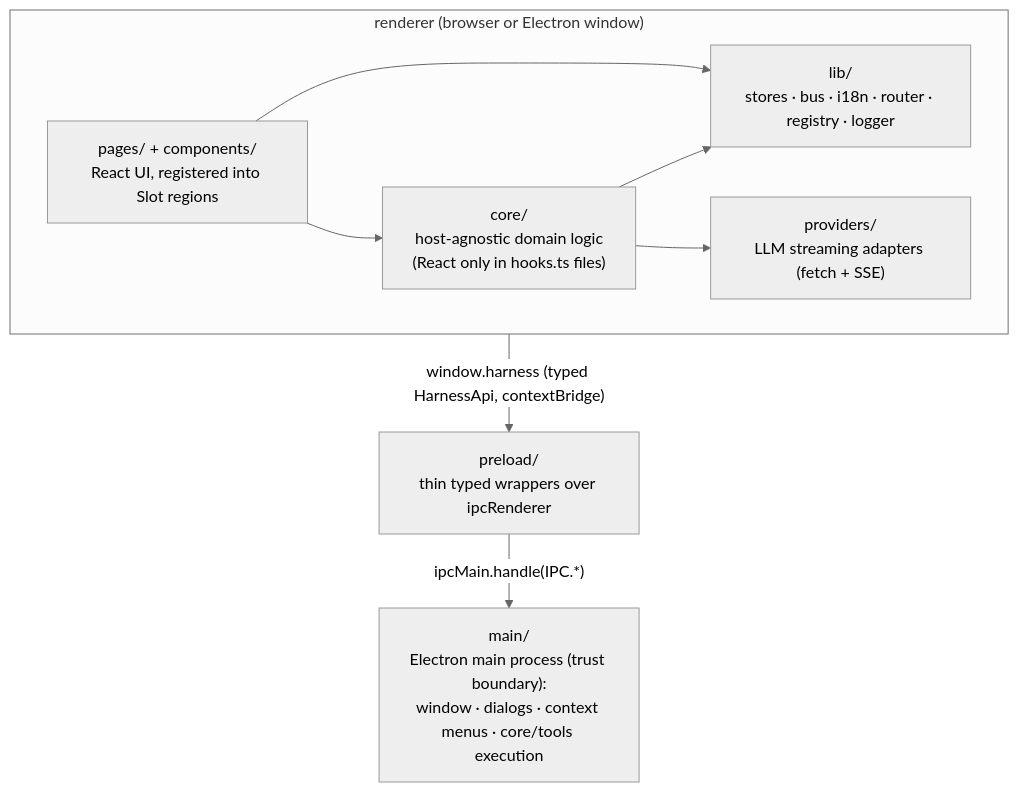
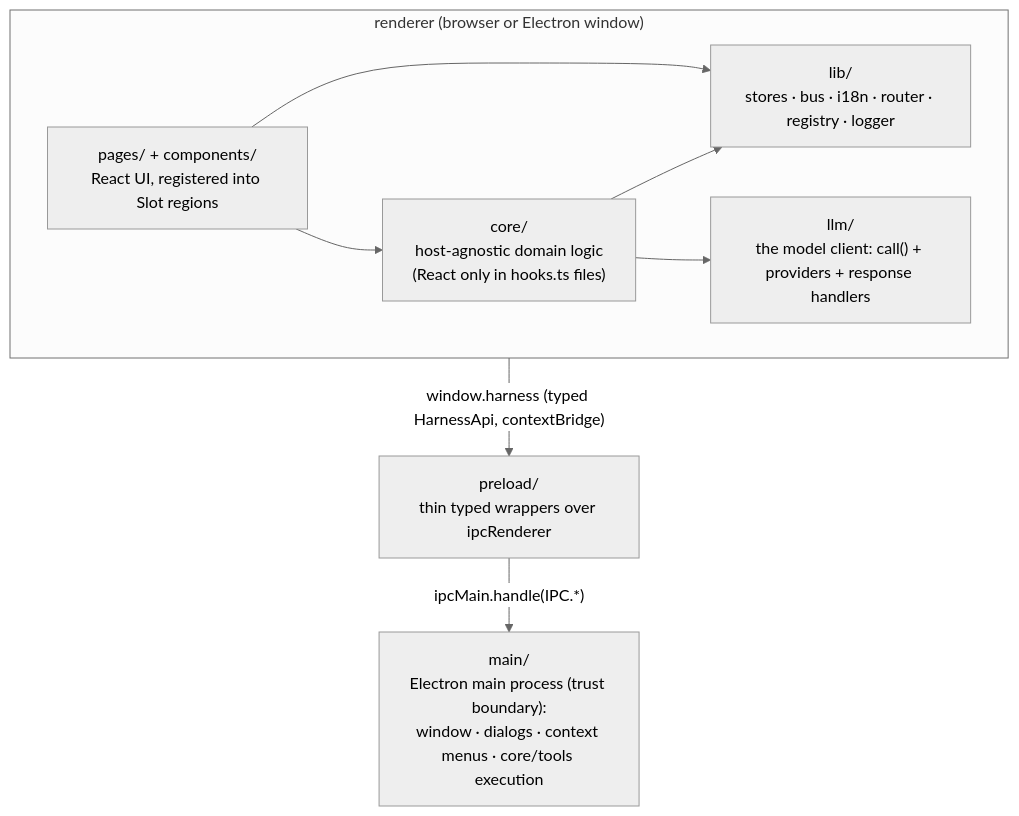
Before and after one commit to bilikaz/v84-harness: the diagram in docs/ARCHITECTURE.md, drawn with Mermaid (neutral theme). The commit also changed other lines of this file and 79 other files, not shown here.

First line of the commit message:
llm layer: one client, service-named calls, provider classes by folder factory

````diff
--- a/docs/ARCHITECTURE.md
+++ b/docs/ARCHITECTURE.md
@@ -25,17 +25,17 @@
 ```mermaid
 flowchart TD
     subgraph renderer["renderer (browser or Electron window)"]
         ui["pages/ + components/<br/>React UI, registered into Slot regions"]
         lib["lib/<br/>stores · bus · i18n · router · registry · logger"]
         core["core/<br/>host-agnostic domain logic<br/>(React only in hooks.ts files)"]
-        providers["providers/<br/>LLM streaming adapters (fetch + SSE)"]
+        llm["llm/<br/>the model client: call() + providers + response handlers"]
         ui --> lib
         ui --> core
         core --> lib
-        core --> providers
+        core --> llm
     end
     preload["preload/<br/>thin typed wrappers over ipcRenderer"]
     main["main/<br/>Electron main process (trust boundary):<br/>window · dialogs · context menus · core/tools execution"]
     renderer -->|"window.harness (typed HarnessApi, contextBridge)"| preload
     preload -->|"ipcMain.handle(IPC.*)"| main
 ```
````
